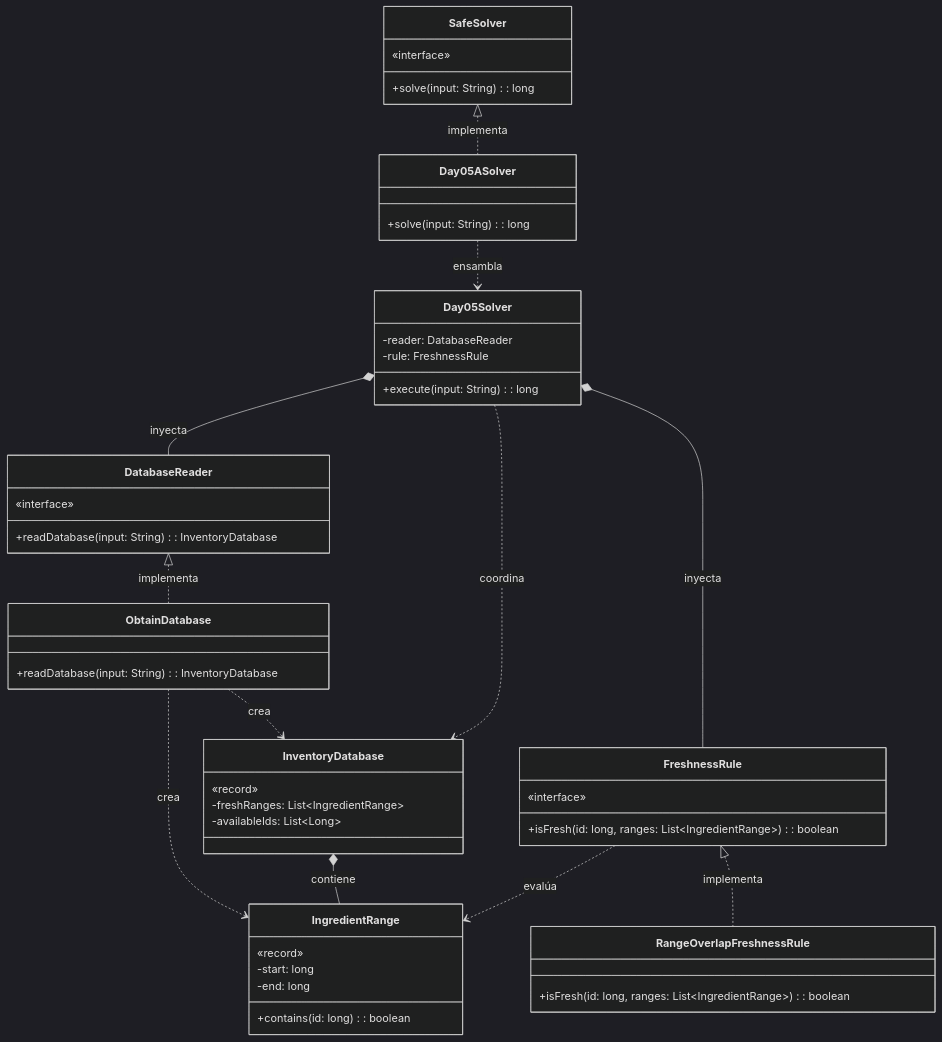
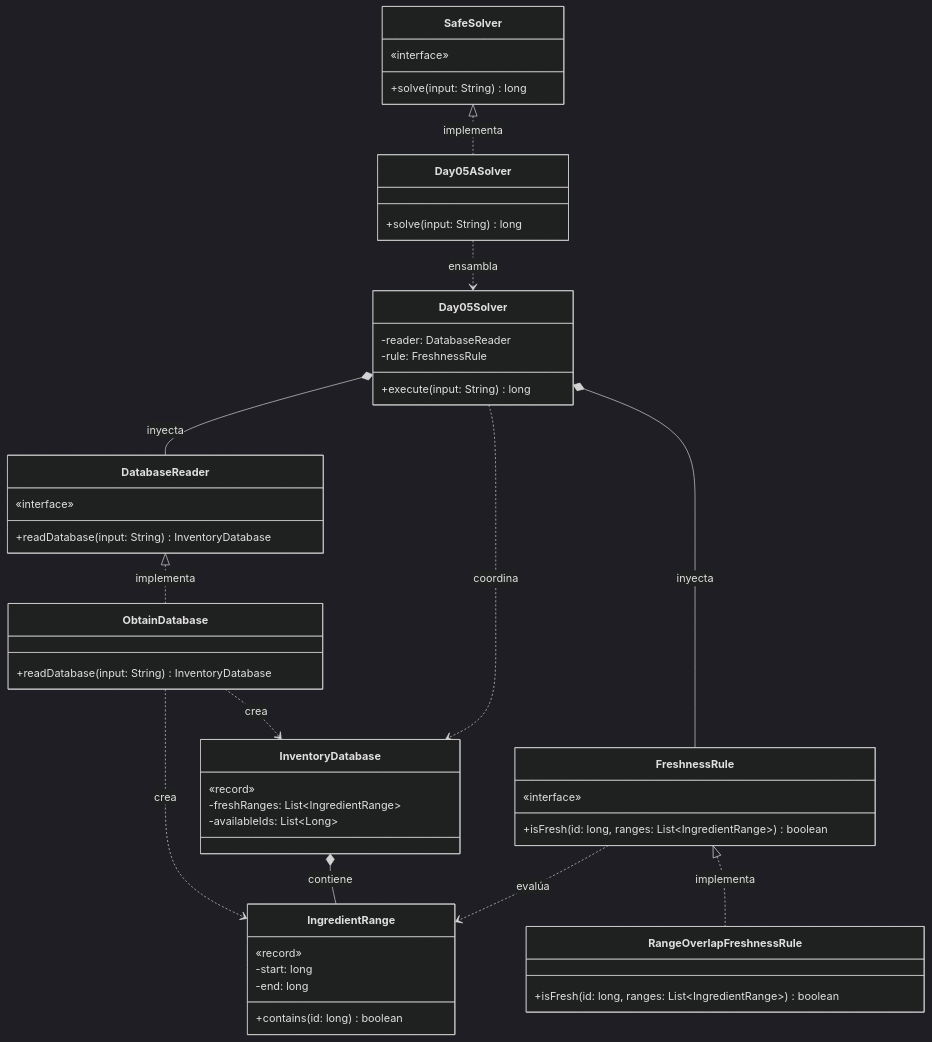
One commit to ivanperezdiaz829/AoC2025 changed the diagram in src/main/java/software/aoc/day05/README.md. Above: the diagram before and after it, drawn with Mermaid (dark theme).

Commit message:
fix(README): minnor visual hotfix

````diff
--- a/src/main/java/software/aoc/day05/README.md
+++ b/src/main/java/software/aoc/day05/README.md
@@ -35,65 +35,65 @@
 ```mermaid
 classDiagram
     class SafeSolver {
         «interface»
-        +solve(input: String) : long
+        +solve(input: String) long
     }
 
     class Day05ASolver {
-        +solve(input: String) : long
+        +solve(input: String) long
     }
 
     class Day05Solver {
         -reader: DatabaseReader
         -rule: FreshnessRule
-        +execute(input: String) : long
+        +execute(input: String) long
     }
 
     class InventoryDatabase {
         «record»
         -freshRanges: List~IngredientRange~
         -availableIds: List~Long~
     }
 
     class IngredientRange {
         «record»
         -start: long
         -end: long
-        +contains(id: long) : boolean
+        +contains(id: long) boolean
     }
 
     class DatabaseReader {
         «interface»
-        +readDatabase(input: String) : InventoryDatabase
+        +readDatabase(input: String) InventoryDatabase
     }
 
     class ObtainDatabase {
-        +readDatabase(input: String) : InventoryDatabase
+        +readDatabase(input: String) InventoryDatabase
     }
 
     class FreshnessRule {
         «interface»
-        +isFresh(id: long, ranges: List~IngredientRange~) : boolean
+        +isFresh(id: long, ranges: List~IngredientRange~) boolean
     }
 
     class RangeOverlapFreshnessRule {
-        +isFresh(id: long, ranges: List~IngredientRange~) : boolean
+        +isFresh(id: long, ranges: List~IngredientRange~) boolean
     }
 
 %% Relaciones de Implementación
     SafeSolver <|.. Day05ASolver : implementa
     DatabaseReader <|.. ObtainDatabase : implementa
     FreshnessRule <|.. RangeOverlapFreshnessRule : implementa
 
 %% Relaciones de Orquestación e Inyección
     Day05ASolver ..> Day05Solver : ensambla
     Day05Solver *-- DatabaseReader : inyecta
     Day05Solver *-- FreshnessRule : inyecta
 
 %% Dependencias de Dominio
     ObtainDatabase ..> InventoryDatabase : crea
     ObtainDatabase ..> IngredientRange : crea
     InventoryDatabase *-- IngredientRange : contiene
     Day05Solver ..> InventoryDatabase : coordina
     FreshnessRule ..> IngredientRange : evalúa
 ```
````
